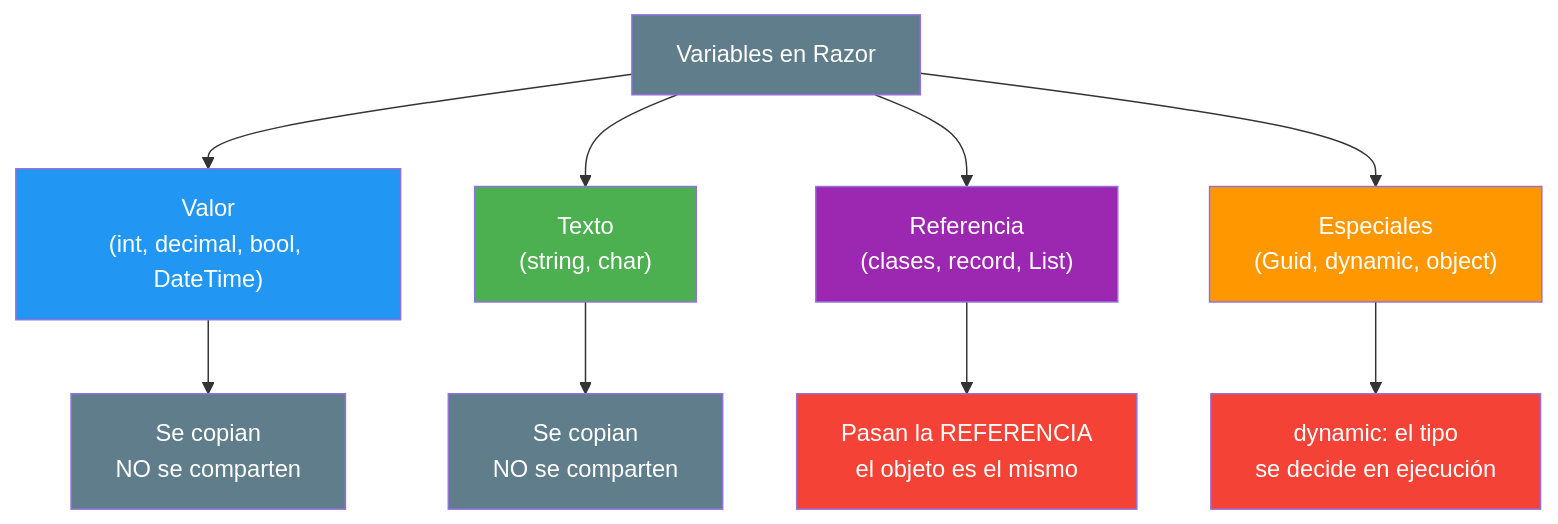
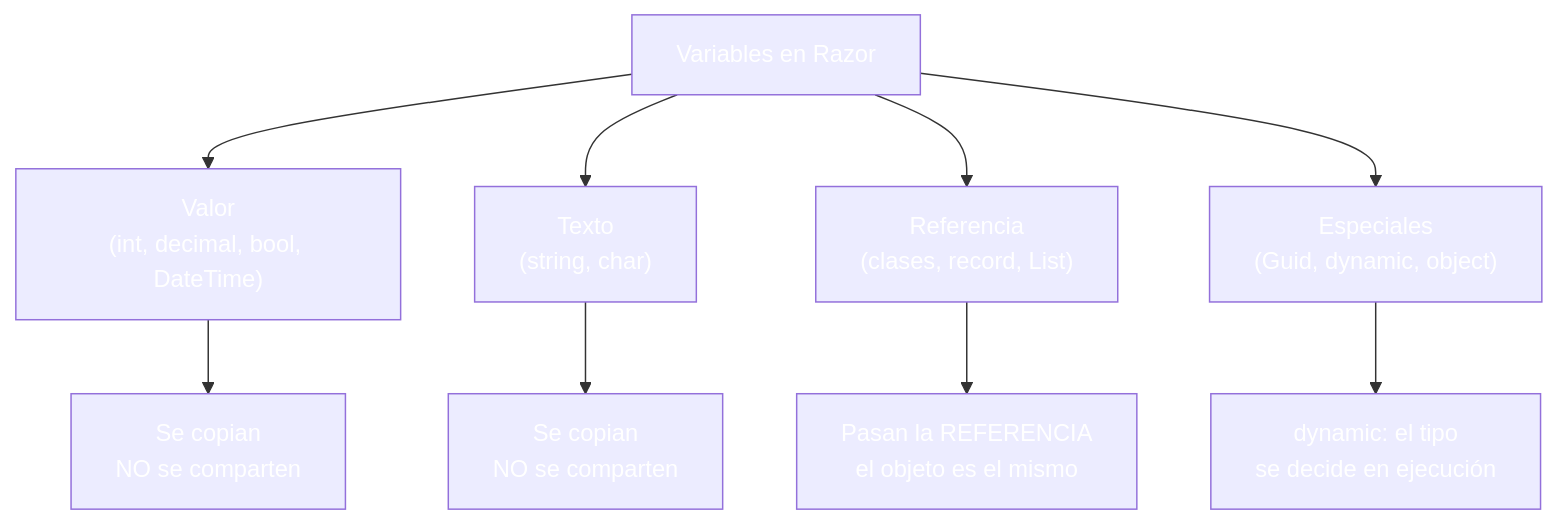
The fourth of 6 diagrams in 02-directivas-sintaxis.md (joseluisgs/DesarrolloWebEntornosServidor-03-2026-2027), drawn with Mermaid before and after one commit. The commit also changed other lines of this file and 30 other files, not shown here.

````diff
--- a/02-directivas-sintaxis.md
+++ b/02-directivas-sintaxis.md
@@ -438,22 +438,22 @@
 ```mermaid
 graph TD
     A["Variables en Razor"] --> B["Valor<br/>(int, decimal, bool, DateTime)"]
     A --> C["Texto<br/>(string, char)"]
     A --> D["Referencia<br/>(clases, record, List)"]
     A --> E["Especiales<br/>(Guid, dynamic, object)"]
 
     B --> B1["Se copian<br/>NO se comparten"]
     C --> C1["Se copian<br/>NO se comparten"]
     D --> D1["Pasan la REFERENCIA<br/>el objeto es el mismo"]
     E --> E1["dynamic: el tipo<br/>se decide en ejecución"]
 
-    style A fill:#607D8B,color:#fff
-    style B fill:#2196F3,color:#fff
-    style C fill:#4CAF50,color:#fff
-    style D fill:#9C27B0,color:#fff
-    style E fill:#FF9800,color:#fff
-    style B1 fill:#607D8B,color:#fff
-    style C1 fill:#607D8B,color:#fff
-    style D1 fill:#f44336,color:#fff
-    style E1 fill:#f44336,color:#fff
+    style A fill:#607D8,color:#fffB,color:#fff
+    style B fill:#2196F,color:#fff3,color:#fff
+    style C fill:#4CAF5,color:#fff0,color:#fff
+    style D fill:#9C27B,color:#fff0,color:#fff
+    style E fill:#FF980,color:#fff0,color:#fff
+    style B1 fill:#607D8,color:#fffB,color:#fff
+    style C1 fill:#607D8,color:#fffB,color:#fff
+    style D1 fill:#f4433,color:#fff6,color:#fff
+    style E1 fill:#f4433,color:#fff6,color:#fff
 ```
````
